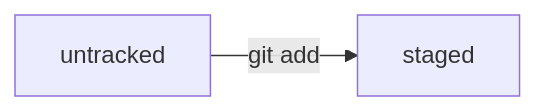
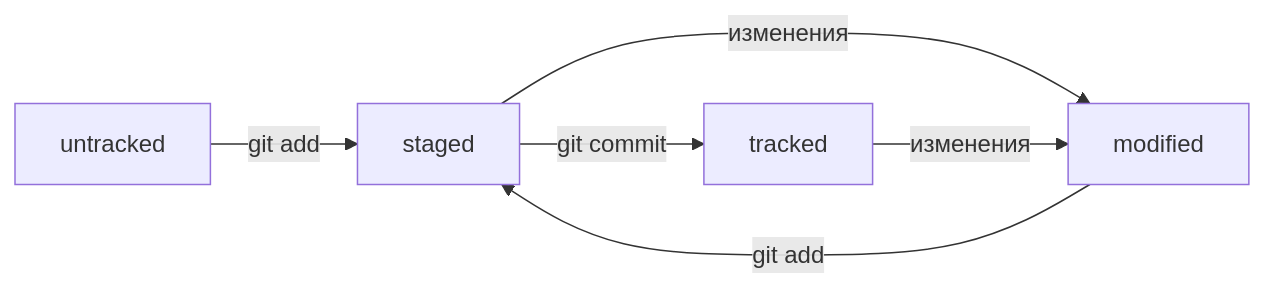
Before and after one commit to AdelZA-it05/basegitdiscr: the diagram in readme.md, drawn with Mermaid.

Commit message:
Изучение2 схемы mermaid

````diff
--- a/readme.md
+++ b/readme.md
@@ -152,4 +152,9 @@
 ```mermaid
 graph LR;
 untracked -- "git add" --> staged;
+staged -- "git commit" --> tracked;
+staged -- "изменения" --> modified;
+modified -- "git add" --> staged;
+tracked -- "изменения" --> modified
+
 ```
````
